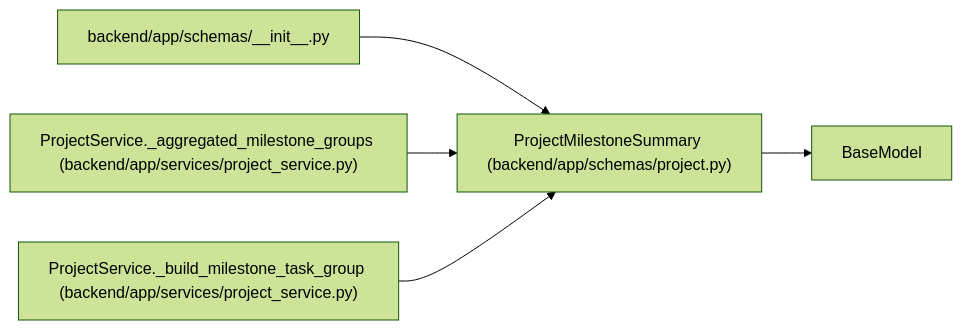
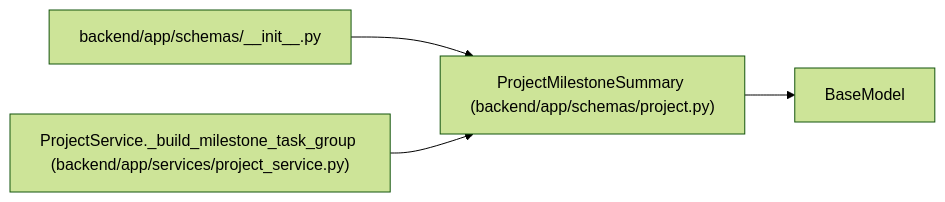
The diagram in docs/llm_wiki/entities/schemas_project_ProjectMilestoneSummary.md (Denissvgn/WorkChord), drawn with Mermaid (forest theme) before and after one commit. The commit also changed other lines of this file and 958 other files, not shown here.

First line of the commit message:
docs(wiki): refresh identity and recovery architecture

````diff
--- a/docs/llm_wiki/entities/schemas_project_ProjectMilestoneSummary.md
+++ b/docs/llm_wiki/entities/schemas_project_ProjectMilestoneSummary.md
@@ -30,16 +30,13 @@
 ```mermaid
 flowchart LR
     n0["ProjectMilestoneSummary (backend/app/schemas/project.py)"]
     n1["BaseModel"]
     n2["backend/app/schemas/__init__.py"]
-    n3["ProjectService._aggregated_milestone_groups (backend/app/services/project_service.py)"]
-    n4["ProjectService._build_milestone_task_group (backend/app/services/project_service.py)"]
+    n3["ProjectService._build_milestone_task_group (backend/app/services/project_service.py)"]
     n0 --> n1
     n2 --> n0
     n3 --> n0
-    n4 --> n0
     click n0 "../modules/schemas_project.md"
     click n2 "../modules/schemas___init__.md"
     click n3 "../modules/project_service.md"
-    click n4 "../modules/project_service.md"
 ```
````
